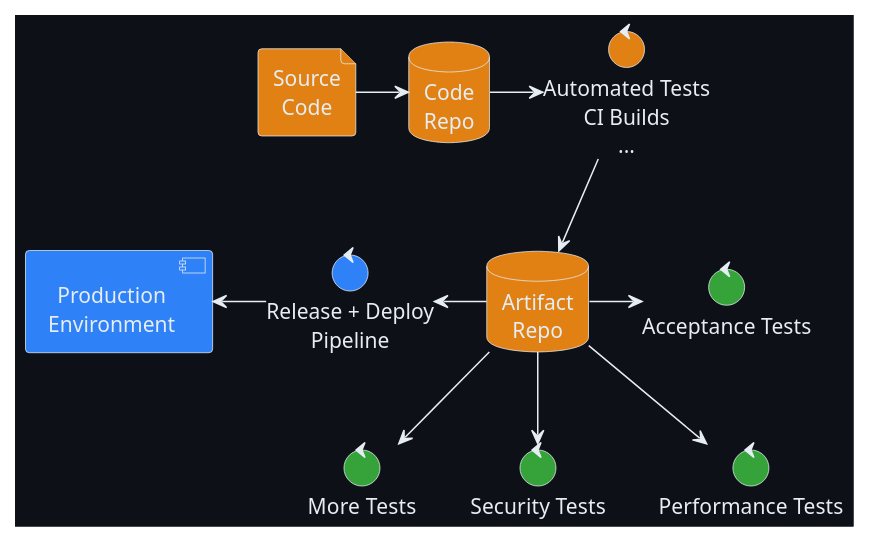
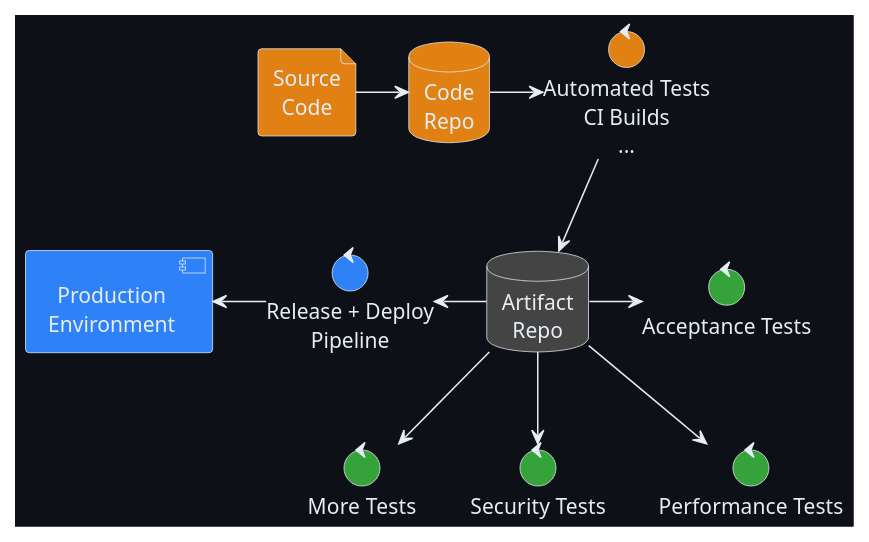
One commit to sommerfeld-io/dev-environment-config changed the diagram in docs/modules/ROOT/pages/development-guidelines.adoc. Above: the diagram before and after it, drawn with PlantUML.

Commit message:
minor update to colors

```diff
--- a/docs/modules/ROOT/pages/development-guidelines.adoc
+++ b/docs/modules/ROOT/pages/development-guidelines.adoc
@@ -43,52 +43,53 @@
 [plantuml, puml-build-image, svg]
 ----
 @startuml
 
 skinparam monochrome false
 skinparam componentStyle uml2
 skinparam backgroundColor #0D1117
 skinparam ArrowColor #e6edf3
 skinparam NoteBorderColor #e6edf3
 skinparam NoteFontColor #e6edf3
 skinparam NoteBackgroundColor transparent
 skinparam ComponentBorderColor #e6edf3
 skinparam ComponentFontColor #e6edf3
 skinparam DatabaseBorderColor #e6edf3
+skinparam DatabaseBackgroundColor #444
 skinparam DatabaseFontColor #e6edf3
 skinparam FileBorderColor #e6edf3
 skinparam FileFontColor #e6edf3
 skinparam ControlBorderColor #e6edf3
 skinparam ControlFontColor #e6edf3
 skinparam defaultTextAlignment center
 skinparam activity {
 FontName Ubuntu
 }
 
 file code as "Source\nCode" #E18114
 database code_repo as "Code\nRepo" #E18114
-database artifact_repo as "Artifact\nRepo" #E18114
+database artifact_repo as "Artifact\nRepo"
 control ci as "Automated Tests\nCI Builds\n..." #E18114
 
 code -> code_repo
 code_repo -right-> ci
 ci -down-> artifact_repo
 
 control more as "More Tests" #35A339
 control acceptance as "Acceptance Tests" #35A339
 control security as "Security Tests" #35A339
 control performance as "Performance Tests" #35A339
 artifact_repo -right-> acceptance
 artifact_repo -down-> security
 artifact_repo -down-> performance
 artifact_repo -down-> more
 
 control deploy as "Release + Deploy\nPipeline" #2F81F7
 component prod as "Production\nEnvironment" #2F81F7
 
 artifact_repo -left-> deploy
 deploy -left-> prod
 
 code_repo -[hidden]right- artifact_repo
 
 @enduml
 ----
```
